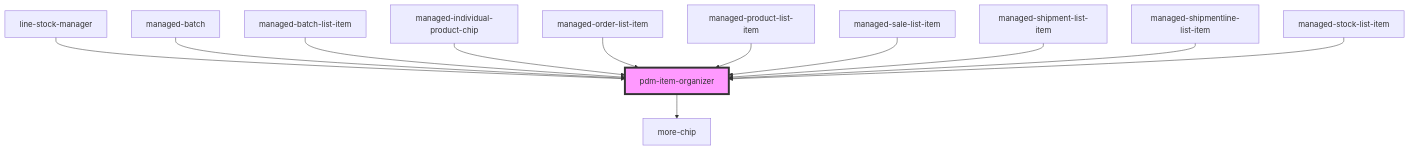
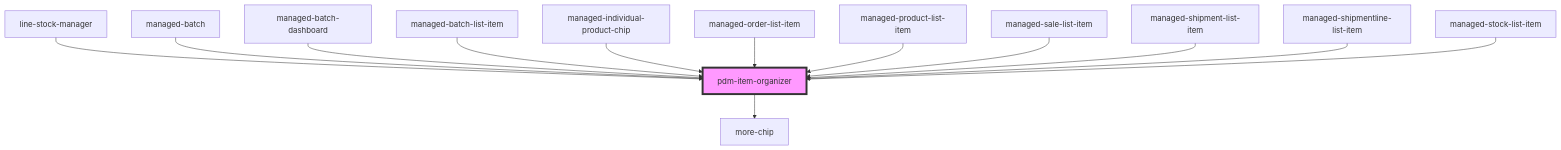
The diagram in pdm-web-components/src/components/pdm-item-organizer/readme.md (PharmaLedger-IMI/fgt-workspace), drawn with Mermaid before and after one commit. The commit also changed other lines of this file and 12 other files, not shown here.

````diff
--- a/pdm-web-components/src/components/pdm-item-organizer/readme.md
+++ b/pdm-web-components/src/components/pdm-item-organizer/readme.md
@@ -52,15 +53,16 @@
 ```mermaid
 graph TD;
   pdm-item-organizer --> more-chip
   line-stock-manager --> pdm-item-organizer
   managed-batch --> pdm-item-organizer
+  managed-batch-dashboard --> pdm-item-organizer
   managed-batch-list-item --> pdm-item-organizer
   managed-individual-product-chip --> pdm-item-organizer
   managed-order-list-item --> pdm-item-organizer
   managed-product-list-item --> pdm-item-organizer
   managed-sale-list-item --> pdm-item-organizer
   managed-shipment-list-item --> pdm-item-organizer
   managed-shipmentline-list-item --> pdm-item-organizer
   managed-stock-list-item --> pdm-item-organizer
   style pdm-item-organizer fill:#f9f,stroke:#333,stroke-width:4px
 ```
````
